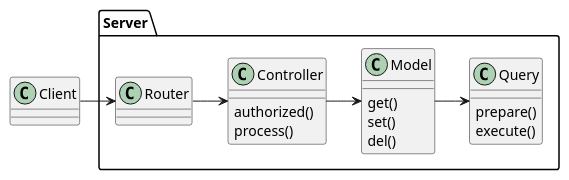
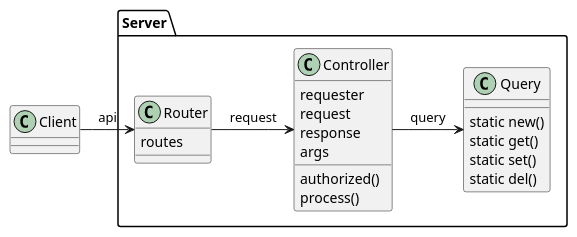
One commit to RGZuchtbuch/ZBOnline changed the second of 2 diagrams in doc/Technical Design.md. Above: the diagram before and after it, drawn with PlantUML. The commit also changed other lines of this file and 25 other files, not shown here.

Commit message:
Added pie chart and debugged Tiomeline for section query ( type 1 for sectionId)

````diff
--- a/doc/Technical Design.md
+++ b/doc/Technical Design.md
@@ -80,24 +80,28 @@
 ```puml
     class Client
     package Server {
-        class Router
+        class Router {
+            routes
+        }
+        
         class Controller {
+            requester
+            request
+            response
+            args
+             
             authorized()
             process()
         }
-        class Model {
-            get()
-            set()
-            del()
-        }
         class Query {
-            prepare()
-            execute()
+            static new()
+            static get()
+            static set()
+            static del()
         }
     }
     
-    Client -r-> Router
-    Router -r-> Controller
-    Controller -r-> Model
-    Model -r-> Query
+    Client -r-> Router : api
+    Router -r-> Controller : request
+    Controller -r-> Query : query
 ```
````
